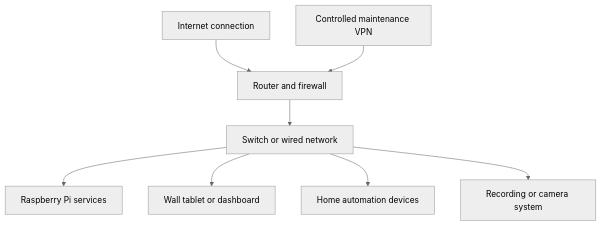
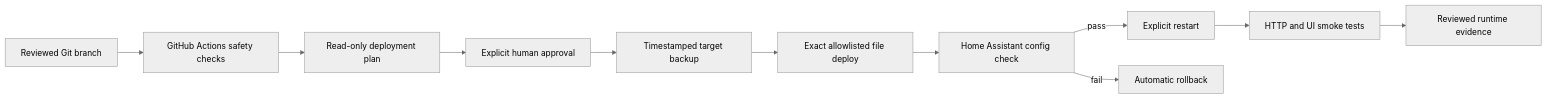
Before and after one commit to Charles-drZ/raspberry-home-showcase: the diagram in README.md, drawn with Mermaid (neutral theme). The commit also changed other lines of this file, not shown here.

Commit message:
docs: expand Raspberry Home portfolio case study

````diff
--- a/README.md
+++ b/README.md
@@ -21,10 +35,13 @@
 ```mermaid
-flowchart TD
-    I[Internet connection] --> R[Router and firewall]
-    R --> S[Switch or wired network]
-    S --> P[Raspberry Pi services]
-    S --> T[Wall tablet or dashboard]
-    S --> H[Home automation devices]
-    S --> N[Recording or camera system]
-    V[Controlled maintenance VPN] --> R
+flowchart LR
+    DEV[Reviewed Git branch] --> CI[GitHub Actions safety checks]
+    CI --> PLAN[Read-only deployment plan]
+    PLAN --> APPROVAL[Explicit human approval]
+    APPROVAL --> BACKUP[Timestamped target backup]
+    BACKUP --> APPLY[Exact allowlisted file deploy]
+    APPLY --> CHECK[Home Assistant config check]
+    CHECK -->|pass| RESTART[Explicit restart]
+    CHECK -->|fail| ROLLBACK[Automatic rollback]
+    RESTART --> SMOKE[HTTP and UI smoke tests]
+    SMOKE --> MEMORY[Reviewed runtime evidence]
 ```
````
